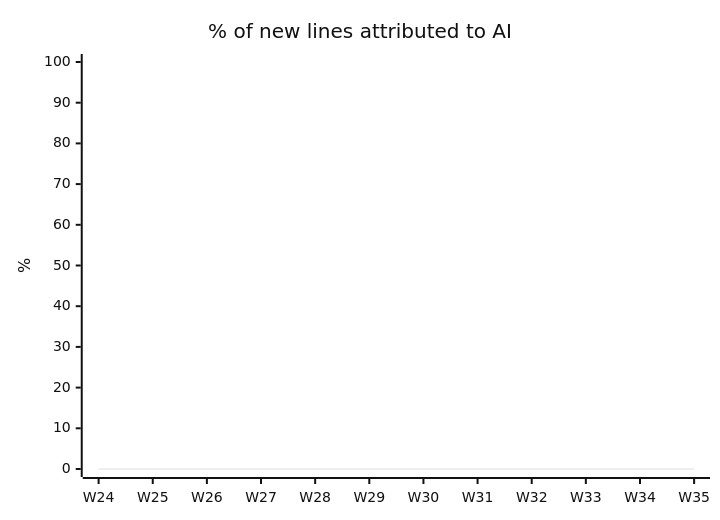
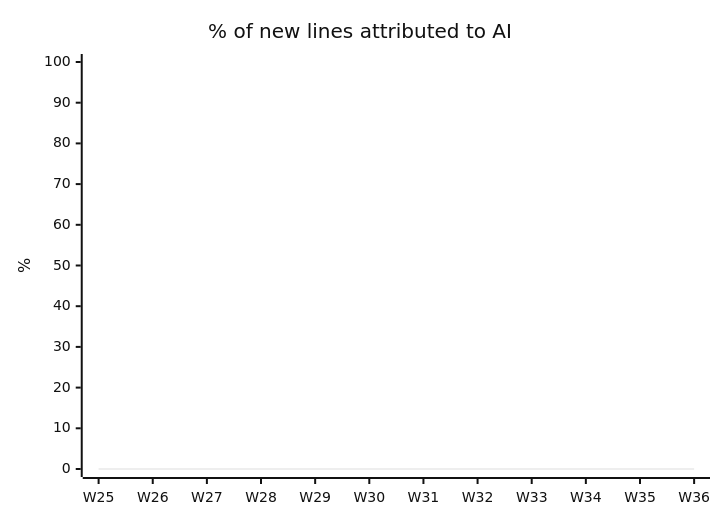
One commit to fromwaydowntown/ai-use changed the diagram in docs/AI_USAGE.md. Above: the diagram before and after it, drawn with Mermaid (neutral theme). The commit also changed other lines of this file, not shown here.

````diff
--- a/docs/AI_USAGE.md
+++ b/docs/AI_USAGE.md
@@ -17,7 +17,7 @@
 ```mermaid
 xychart-beta
     title "% of new lines attributed to AI"
-    x-axis ["W24", "W25", "W26", "W27", "W28", "W29", "W30", "W31", "W32", "W33", "W34", "W35"]
+    x-axis ["W25", "W26", "W27", "W28", "W29", "W30", "W31", "W32", "W33", "W34", "W35", "W36"]
     y-axis "%" 0 --> 100
     line [0, 0, 0, 0, 0, 0, 0, 0, 0, 0, 0, 0]
 ```
````
